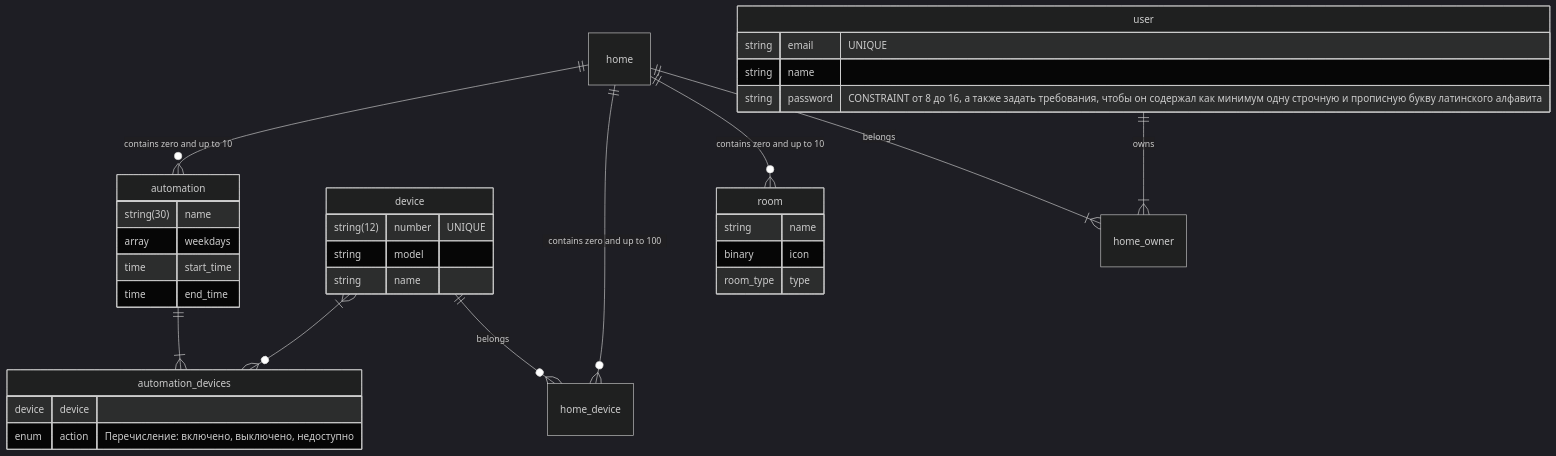
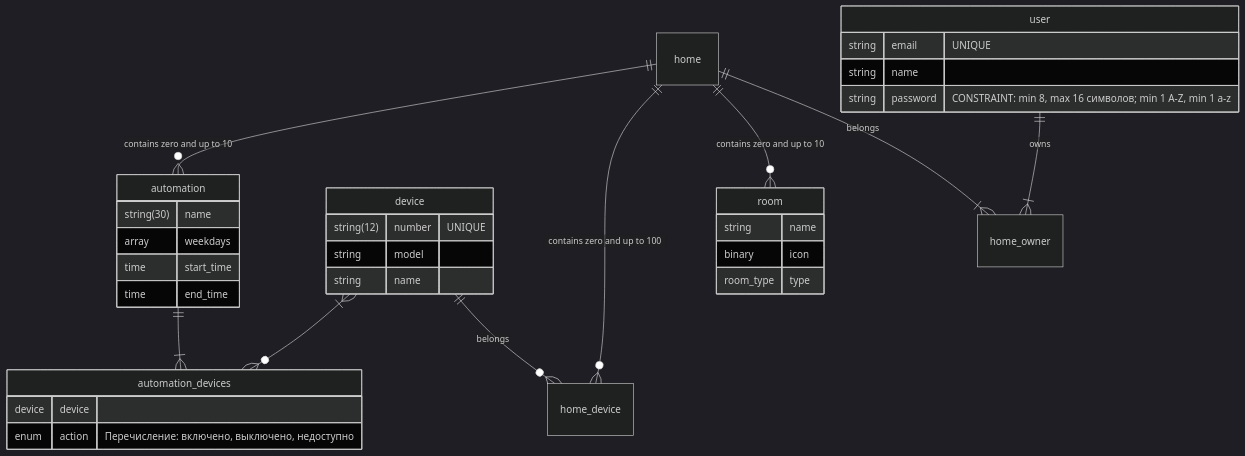
One commit to oleshko-g/sa_cases changed the diagram in HARD/yandex-practicum-diploma-project/# spec.md. Above: the diagram before and after it, drawn with Mermaid (dark theme).

Commit message:
Исправить описание поля password сущности user

````diff
--- a/HARD/yandex-practicum-diploma-project/# spec.md
+++ b/HARD/yandex-practicum-diploma-project/# spec.md
@@ -31,45 +31,45 @@
 ```mermaid
 erDiagram
 user {
 string email "UNIQUE"
 string name
-string password "CONSTRAINT от 8 до 16, а также задать требования, чтобы он содержал как минимум одну строчную и прописную букву латинского алфавита"
+string password "CONSTRAINT: min 8, max 16 символов; min 1 A-Z, min 1 a-z"
 }
 room { 
 string name
 binary icon
 room_type type
 }
 device {
 string(12) number "UNIQUE"
 string model
 string name
 }
 home
 automation {
 string(30) name
 array weekdays
 time start_time
 time end_time
 }
 automation_devices {
 device device
 enum action "Перечисление: включено, выключено, недоступно"
 }
 home_owner
 home_device
 
 user ||--|{ home_owner : owns
 home ||--|{ home_owner : belongs
 
 home ||--o{ room : "contains zero and up to 10"
 
 device ||--o{ home_device : belongs
 home ||--o{ home_device : "contains zero and up to 100"
 
 home ||--o{ automation : "contains zero and up to 10"
 
 automation ||--|{ automation_devices : ""
 device }|--o{ automation_devices : ""
 
 ```
````
